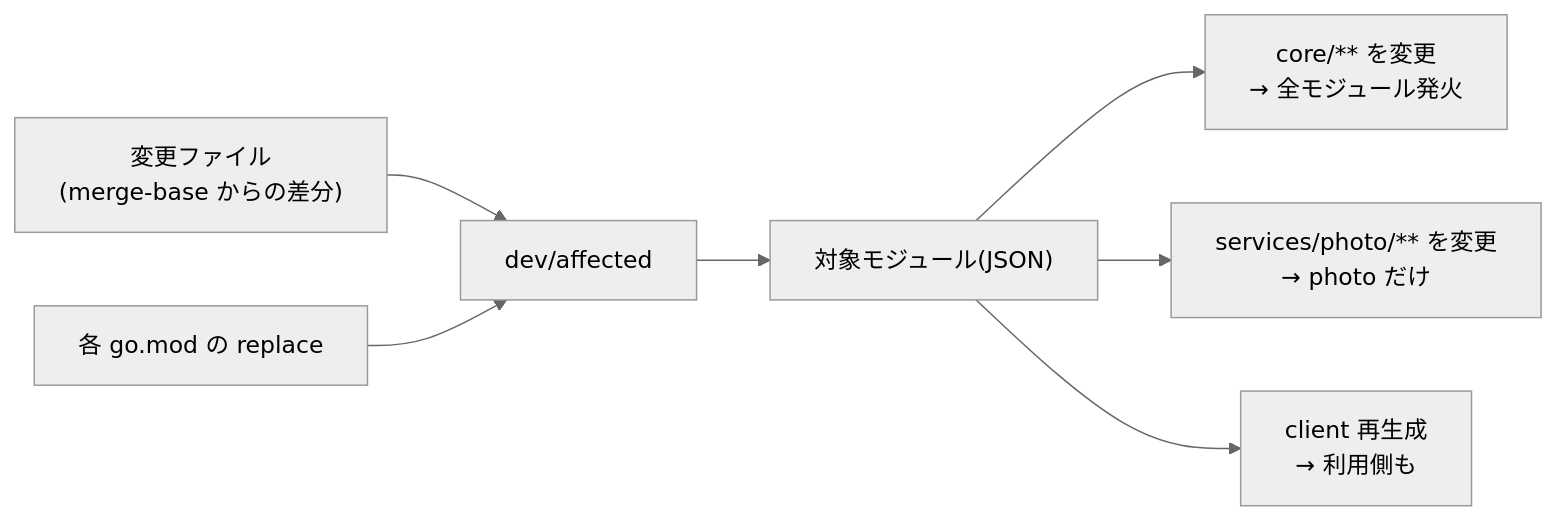
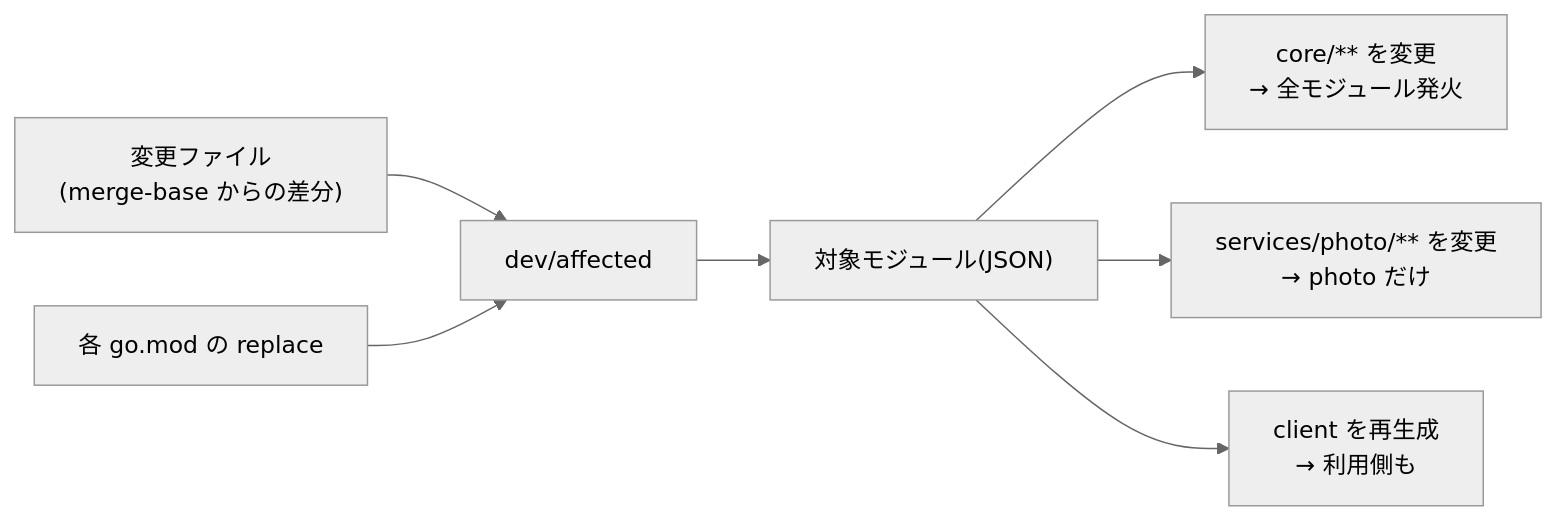
The tenth of 14 diagrams in src/content/blog/online-migration-and-deploy-isolation.mdx (rikukaInoue/rikukadev), drawn with Mermaid (neutral theme) before and after one commit. The commit also changed other lines of this file, not shown here.

````diff
--- a/src/content/blog/online-migration-and-deploy-isolation.mdx
+++ b/src/content/blog/online-migration-and-deploy-isolation.mdx
@@ -413,9 +518,9 @@
 ```mermaid
 graph LR
     Diff["変更ファイル<br/>(merge-base からの差分)"] --> Aff["dev/affected"]
     GoMod["各 go.mod の replace"] --> Aff
     Aff --> Out["対象モジュール(JSON)"]
     Out --> J1["core/** を変更<br/>→ 全モジュール発火"]
     Out --> J2["services/photo/** を変更<br/>→ photo だけ"]
-    Out --> J3["client 再生成<br/>→ 利用側も"]
+    Out --> J3["client を再生成<br/>→ 利用側も"]
 ```
````
